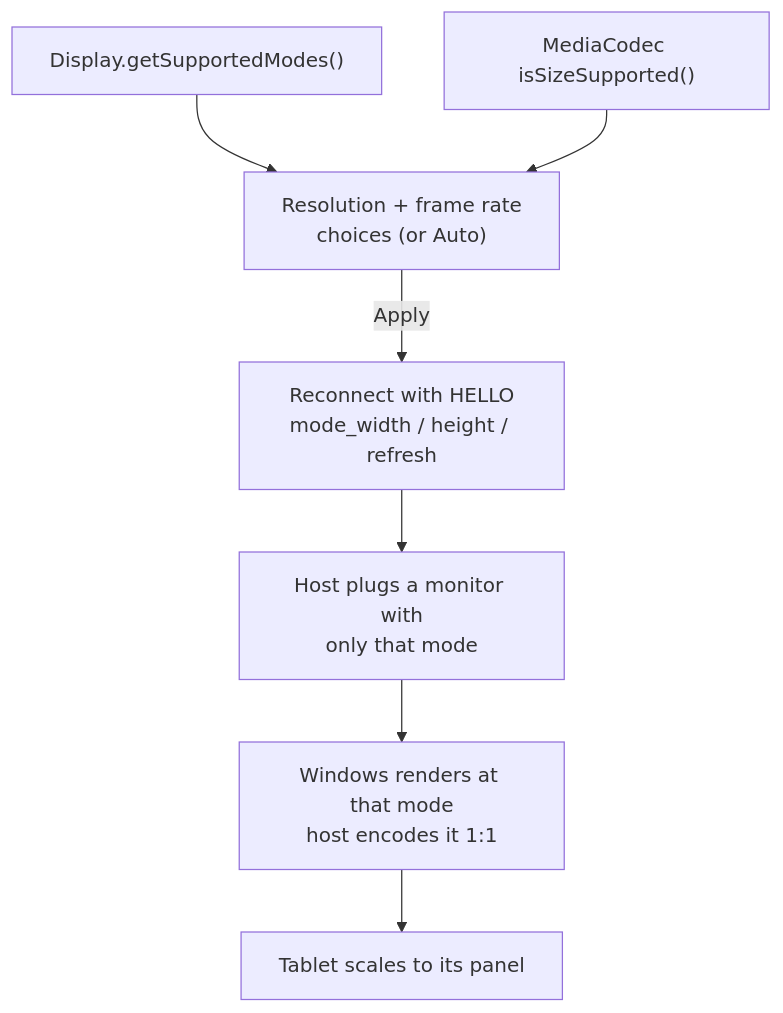
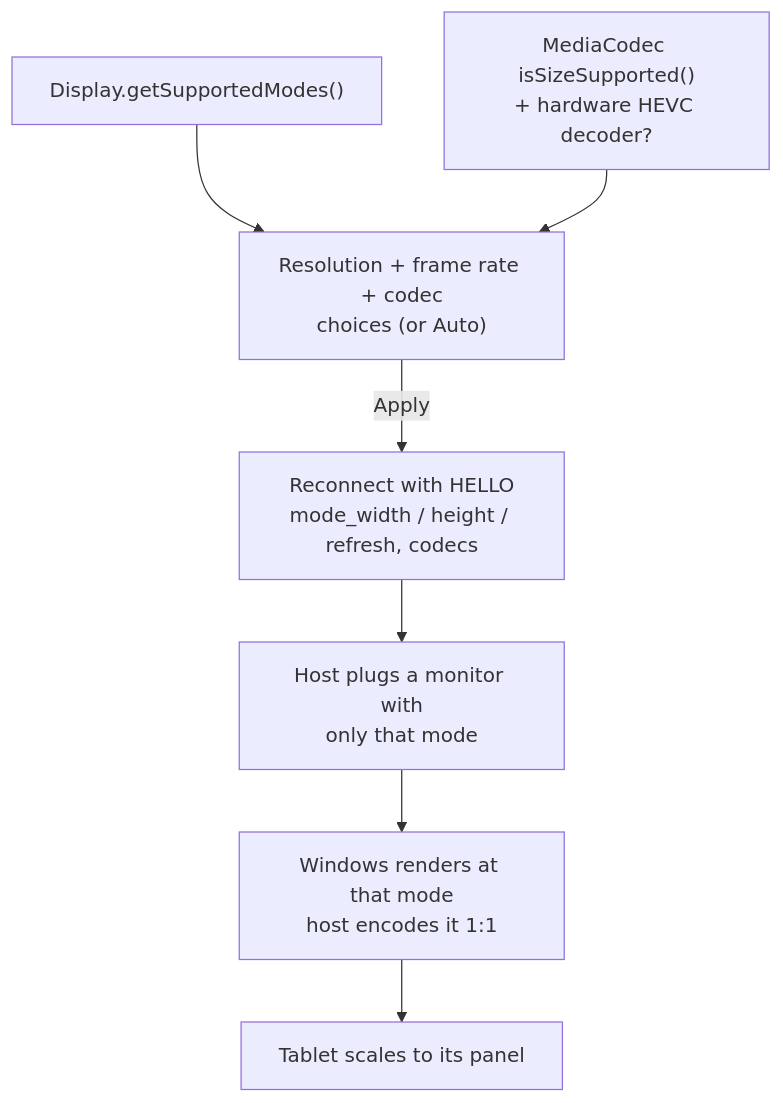
Before and after one commit to zengarv/DeuxDisplay: the fourth of 5 diagrams in README.md, drawn with Mermaid. The commit also changed other lines of this file and 1 other file, not shown here.

First line of the commit message:
Document the codec picker and drop a real device serial from tests

````diff
--- a/README.md
+++ b/README.md
@@ -172,9 +181,9 @@
 ```mermaid
 flowchart TB
-    A["Display.getSupportedModes()"] --> C["Resolution + frame rate<br/>choices (or Auto)"]
-    B["MediaCodec isSizeSupported()"] --> C
-    C -- "Apply" --> E["Reconnect with HELLO<br/>mode_width / height / refresh"]
+    A["Display.getSupportedModes()"] --> C["Resolution + frame rate + codec<br/>choices (or Auto)"]
+    B["MediaCodec isSizeSupported()<br/>+ hardware HEVC decoder?"] --> C
+    C -- "Apply" --> E["Reconnect with HELLO<br/>mode_width / height / refresh, codecs"]
     E --> F["Host plugs a monitor with<br/>only that mode"]
     F --> G["Windows renders at that mode<br/>host encodes it 1:1"]
     G --> H["Tablet scales to its panel"]
 ```
````
